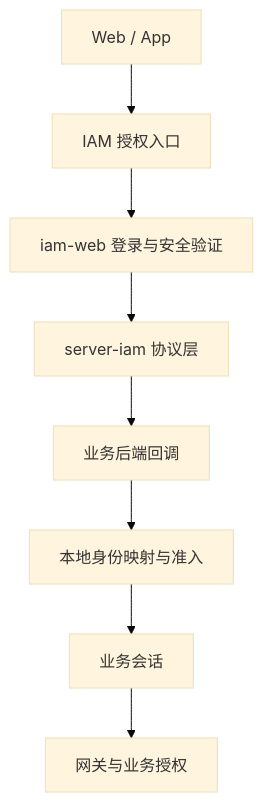
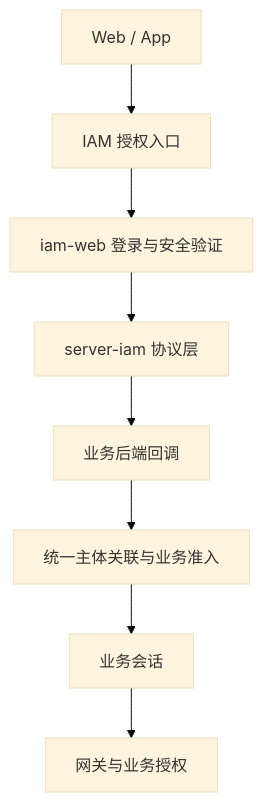
The diagram in iam/tech/技术大纲.md (maibanku/ppb-docs), drawn with Mermaid (base theme) before and after one commit. The commit also changed other lines of this file and 20 other files, not shown here.

Commit message:
docs(iam): consolidate account and admin design with snake_case SQL schema

````diff
--- a/iam/tech/技术大纲.md
+++ b/iam/tech/技术大纲.md
@@ -13,10 +13,10 @@
 ```mermaid
 flowchart TD
     U["Web / App"] --> I["IAM 授权入口"]
     I --> L["iam-web 登录与安全验证"]
     L --> O["server-iam 协议层"]
     O --> B["业务后端回调"]
-    B --> M["本地身份映射与准入"]
+    B --> M["统一主体关联与业务准入"]
     M --> S["业务会话"]
     S --> G["网关与业务授权"]
 ```
````
